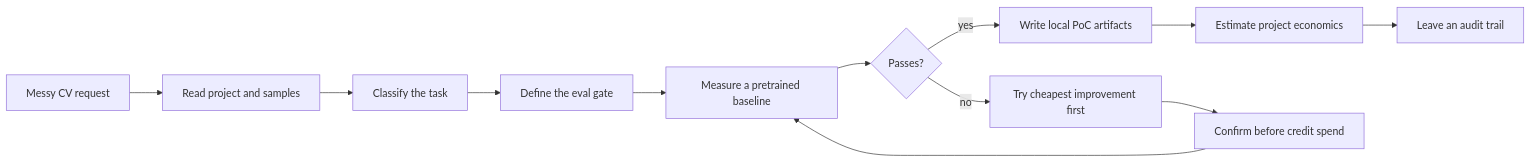
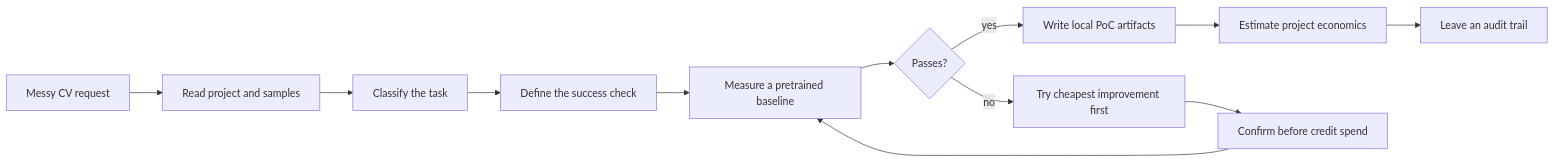
One commit to Borda/vision-delivery changed the diagram in README.md. Above: the diagram before and after it, drawn with Mermaid. The commit also changed other lines of this file and 8 other files, not shown here.

````diff
--- a/README.md
+++ b/README.md
@@ -11,14 +11,14 @@
 ```mermaid
 flowchart LR
     A[Messy CV request] --> B[Read project and samples]
     B --> C[Classify the task]
-    C --> D[Define the eval gate]
+    C --> D[Define the success check]
     D --> E[Measure a pretrained baseline]
     E --> F{Passes?}
     F -->|yes| G[Write local PoC artifacts]
     F -->|no| H[Try cheapest improvement first]
     H --> I[Confirm before credit spend]
     I --> E
     G --> J[Estimate project economics]
     J --> K[Leave an audit trail]
 ```
````
